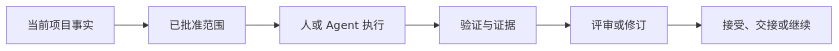
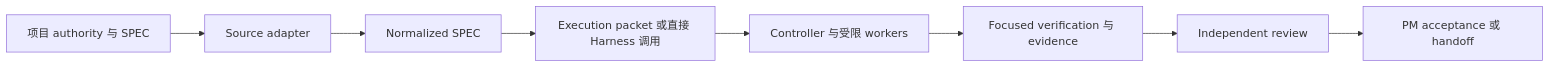
The diagram in README.zh-CN.md (JoeKeepGo/SAGE-Kit), drawn with Mermaid before and after one commit. The commit also changed other lines of this file and 4 other files, not shown here.

````diff
--- a/README.zh-CN.md
+++ b/README.zh-CN.md
@@ -88,8 +47,10 @@
 ```mermaid
 flowchart LR
-  A["当前项目事实"] --> B["已批准范围"]
-  B --> C["人或 Agent 执行"]
-  C --> D["验证与证据"]
-  D --> E["评审或修订"]
-  E --> F["接受、交接或继续"]
+  A["项目 authority 与 SPEC"] --> B["Source adapter"]
+  B --> C["Normalized SPEC"]
+  C --> D["Execution packet 或直接 Harness 调用"]
+  D --> E["Controller 与受限 workers"]
+  E --> F["Focused verification 与 evidence"]
+  F --> G["Independent review"]
+  G --> H["PM acceptance 或 handoff"]
 ```
````
